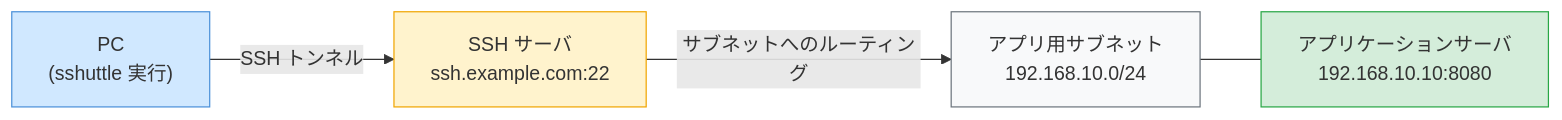
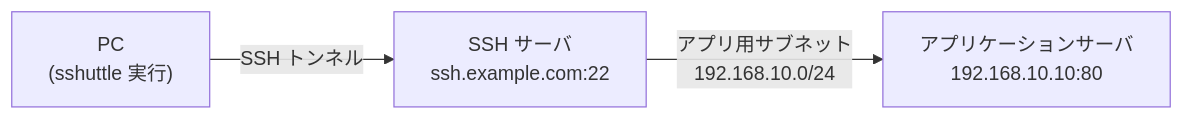
One commit to nynaka/tech-note changed the diagram in docs/server/ssh/sshuttle.md. Above: the diagram before and after it, drawn with Mermaid. The commit also changed other lines of this file and 3 other files, not shown here.

````diff
--- a/docs/server/ssh/sshuttle.md
+++ b/docs/server/ssh/sshuttle.md
@@ -17,16 +44,9 @@
 ```mermaid
 graph LR
     PC["PC\n(sshuttle 実行)"]
     SSH["SSH サーバ\nssh.example.com:22"]
-    APP["アプリケーションサーバ\n192.168.10.10:8080"]
-    NET["アプリ用サブネット\n192.168.10.0/24"]
+    APP["アプリケーションサーバ\n192.168.10.10:80"]
 
     PC -->|"SSH トンネル"| SSH
-    SSH -->|"サブネットへのルーティング"| NET
-    NET --- APP
-
-    style PC fill:#d0e8ff,stroke:#4a90d9
-    style SSH fill:#fff3cd,stroke:#f0a500
-    style APP fill:#d4edda,stroke:#28a745
-    style NET fill:#f8f9fa,stroke:#6c757d
+    SSH -->|"アプリ用サブネット\n192.168.10.0/24"| APP
 ```
````
